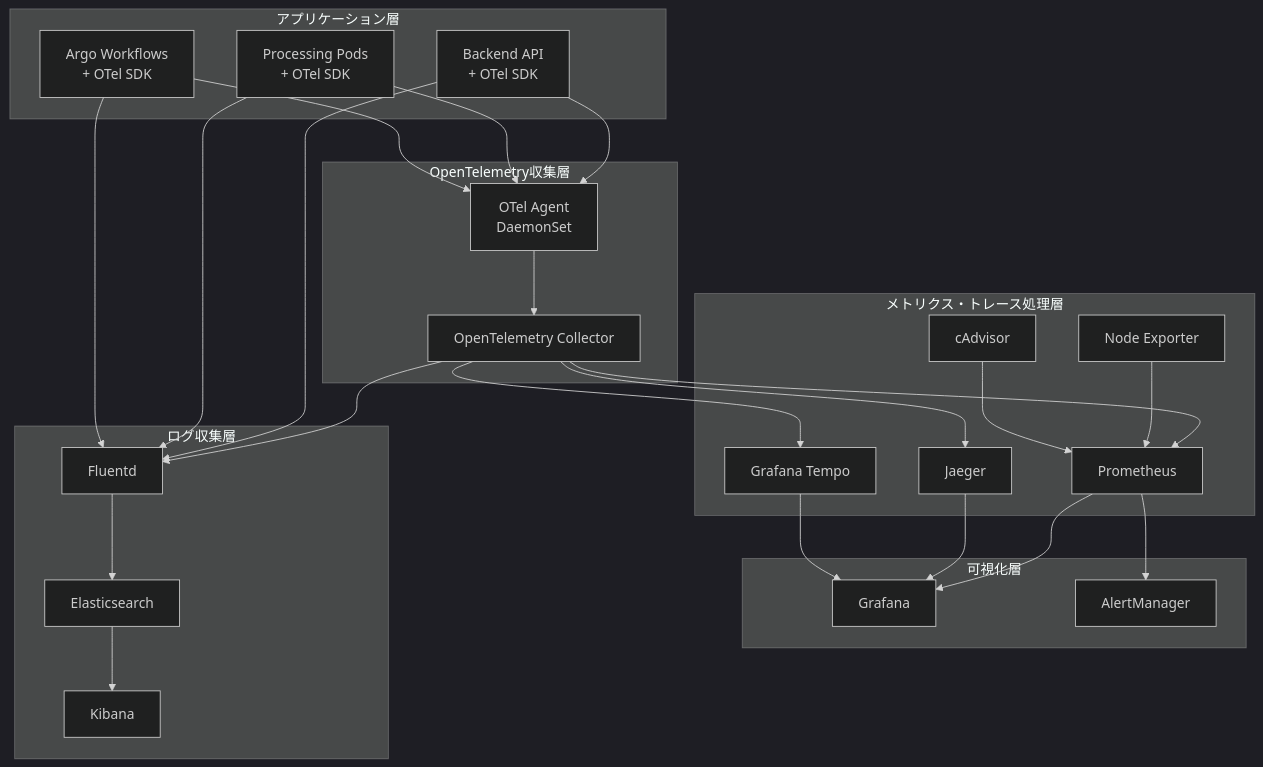
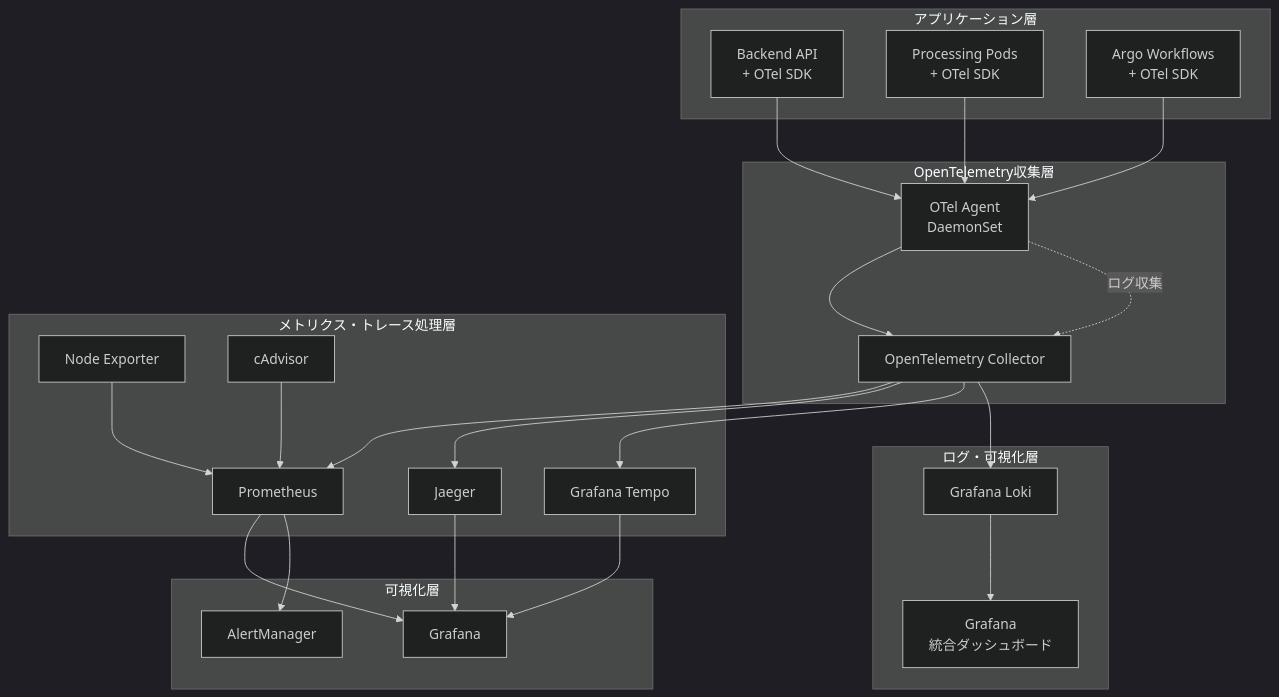
The first of 2 diagrams in docs/0300_設計_アプローチ1/0308_運用監視設計.md (daichiTAAA/ImageFlowCanvas), drawn with Mermaid (dark theme) before and after one commit. The commit also changed other lines of this file and 7 other files, not shown here.

````diff
--- a/docs/0300_設計_アプローチ1/0308_運用監視設計.md
+++ b/docs/0300_設計_アプローチ1/0308_運用監視設計.md
@@ -21,56 +21,53 @@
 ```mermaid
 graph TD
     subgraph "アプリケーション層"
         App1[Backend API<br/>+ OTel SDK]
         App2[Processing Pods<br/>+ OTel SDK]
         App3[Argo Workflows<br/>+ OTel SDK]
     end
     
     subgraph "OpenTelemetry収集層"
         OTelCol[OpenTelemetry Collector]
         OTelAgent[OTel Agent<br/>DaemonSet]
     end
     
     subgraph "メトリクス・トレース処理層"
         Prometheus[Prometheus]
         Jaeger[Jaeger]
         Tempo[Grafana Tempo]
         NodeExporter[Node Exporter]
         CadVisor[cAdvisor]
     end
     
     subgraph "可視化層"
         Grafana[Grafana]
         AlertManager[AlertManager]
     end
     
-    subgraph "ログ収集層"
-        Fluentd[Fluentd]
-        Elasticsearch[Elasticsearch]
-        Kibana[Kibana]
+    subgraph "ログ・可視化層"
+        Loki[Grafana Loki]
+        GrafanaLogs[Grafana<br/>統合ダッシュボード]
     end
     
     App1 --> OTelAgent
     App2 --> OTelAgent
     App3 --> OTelAgent
     OTelAgent --> OTelCol
     
     OTelCol --> Prometheus
     OTelCol --> Jaeger
     OTelCol --> Tempo
-    OTelCol --> Fluentd
+    OTelCol --> Loki
     
     NodeExporter --> Prometheus
     CadVisor --> Prometheus
     
     Prometheus --> Grafana
     Prometheus --> AlertManager
     Jaeger --> Grafana
     Tempo --> Grafana
+    Loki --> GrafanaLogs
     
-    App1 --> Fluentd
-    App2 --> Fluentd
-    App3 --> Fluentd
-    Fluentd --> Elasticsearch
-    Elasticsearch --> Kibana
+    %% すべてのログはOTelCollector経由で統一収集
+    OTelAgent -.->|ログ収集| OTelCol
 ```
````
